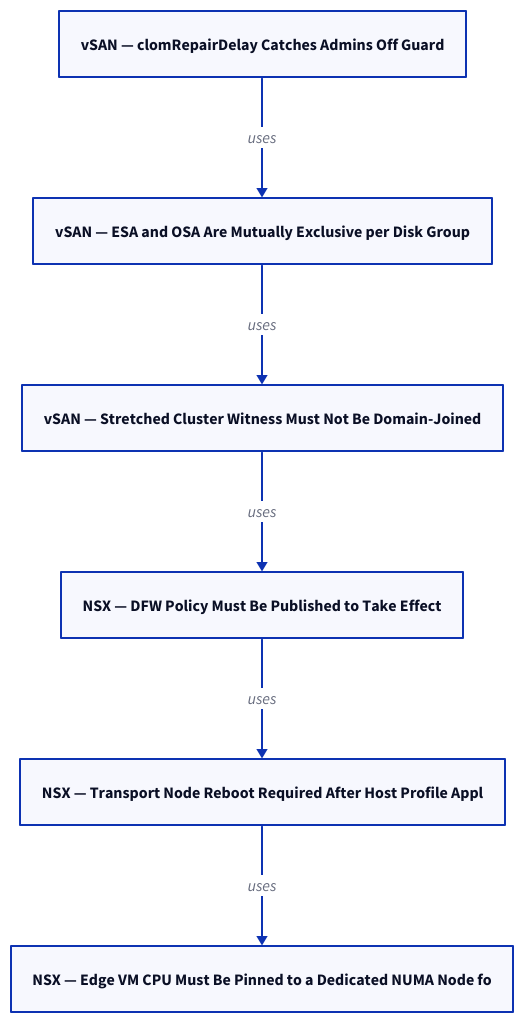
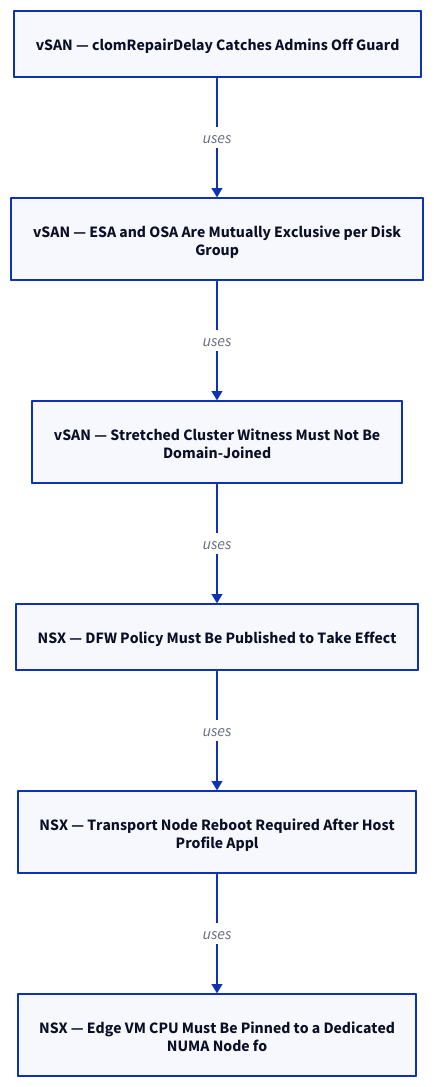
One commit to canast01/chris-kb changed the diagram in docs/virtualization/vmware/reference/gotchas/index.md. Above: the diagram before and after it, drawn with D2. The commit also changed 192 other files, not shown here.

````diff
--- a/docs/virtualization/vmware/reference/gotchas/index.md
+++ b/docs/virtualization/vmware/reference/gotchas/index.md
@@ -17,16 +17,16 @@
 ```d2
 direction: down
 
 vsan_clomrepairdelay_catches_admins_: "vSAN — clomRepairDelay Catches Admins Off Guard" {shape: rectangle}
-vsan_esa_and_osa_are_mutually_exclus: "vSAN — ESA and OSA Are Mutually Exclusive per Disk Group" {shape: rectangle}
-vsan_stretched_cluster_witness_must_: "vSAN — Stretched Cluster Witness Must Not Be Domain-Joined" {shape: rectangle}
+vsan_esa_and_osa_are_mutually_exclus: "vSAN — ESA and OSA Are Mutually Exclusive per Disk\nGroup" {shape: rectangle}
+vsan_stretched_cluster_witness_must_: "vSAN — Stretched Cluster Witness Must Not Be\nDomain-Joined" {shape: rectangle}
 nsx_dfw_policy_must_be_published_to_: "NSX — DFW Policy Must Be Published to Take Effect" {shape: rectangle}
-nsx_transport_node_reboot_required_a: "NSX — Transport Node Reboot Required After Host Profile Appl" {shape: rectangle}
-nsx_edge_vm_cpu_must_be_pinned_to_a_: "NSX — Edge VM CPU Must Be Pinned to a Dedicated NUMA Node fo" {shape: rectangle}
+nsx_transport_node_reboot_required_a: "NSX — Transport Node Reboot Required After Host\nProfile Appl" {shape: rectangle}
+nsx_edge_vm_cpu_must_be_pinned_to_a_: "NSX — Edge VM CPU Must Be Pinned to a Dedicated\nNUMA Node fo" {shape: rectangle}
 
 vsan_clomrepairdelay_catches_admins_ -> vsan_esa_and_osa_are_mutually_exclus: uses
 vsan_esa_and_osa_are_mutually_exclus -> vsan_stretched_cluster_witness_must_: uses
 vsan_stretched_cluster_witness_must_ -> nsx_dfw_policy_must_be_published_to_: uses
 nsx_dfw_policy_must_be_published_to_ -> nsx_transport_node_reboot_required_a: uses
 nsx_transport_node_reboot_required_a -> nsx_edge_vm_cpu_must_be_pinned_to_a_: uses
 ```
````
